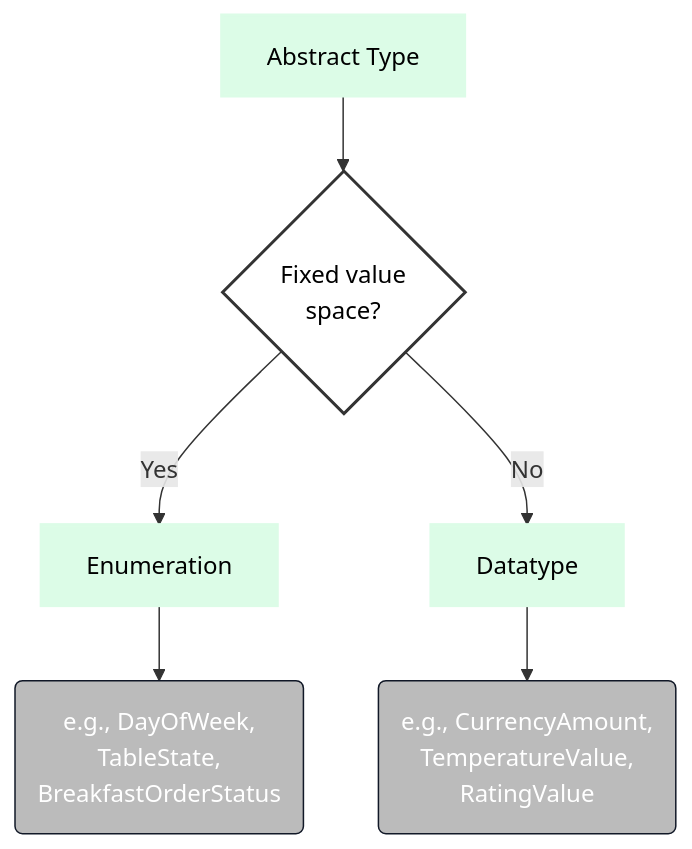
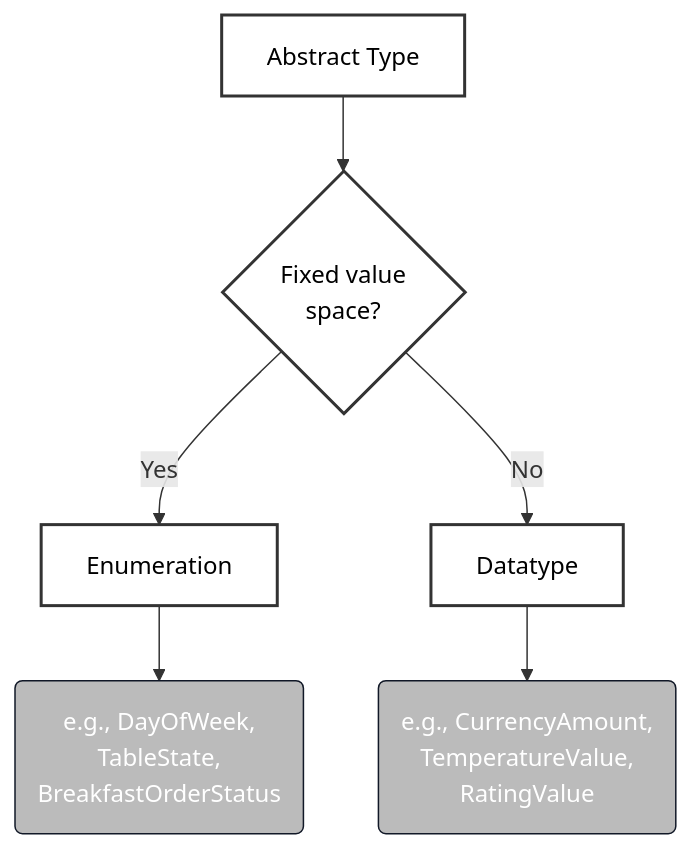
One commit to spdrnl/UFO-Modeling-Decision-Tree changed the diagram in decision-tree/02b-Abstract.mermaid. Above: the diagram before and after it, drawn with Mermaid. The commit also changed 15 other files, not shown here.

```diff
--- a/decision-tree/02b-Abstract.mermaid
+++ b/decision-tree/02b-Abstract.mermaid
@@ -1,23 +1,22 @@
 flowchart TD
 
     %% ABSTRACT SUBSTANTIALS
     ABST[Abstract Type]
     ABST --> ABST_Q{Fixed value \nspace?}
     ABST_Q -->|Yes| ENUM[Enumeration]
     ABST_Q -->|No| DT[Datatype]
 
     %% EXAMPLE BOXES + LINKS
     DT_ex("e.g., CurrencyAmount, \nTemperatureValue, \nRatingValue"):::example
     DT --> DT_ex
 
     ENUM_ex("e.g., DayOfWeek, \nTableState, \nBreakfastOrderStatus"):::example
     ENUM --> ENUM_ex
 
     %% CLASSES
     classDef example fill:#BBBBBB,stroke:#111827,stroke-width:1px,color:#ffffff;
     classDef generic fill:#ffffff,stroke:#333,stroke-width:2px,color:#000;
     classDef substantial fill:#dcfce7,stroke:#dcfce7,stroke-width:2px,color:#000;
 
     %% generic / neutral nodes
-    class ABST,DT,ENUM substantial;
-    class ABST_Q generic;
+    class ABST,DT,ENUM,ABST_Q generic;
```
